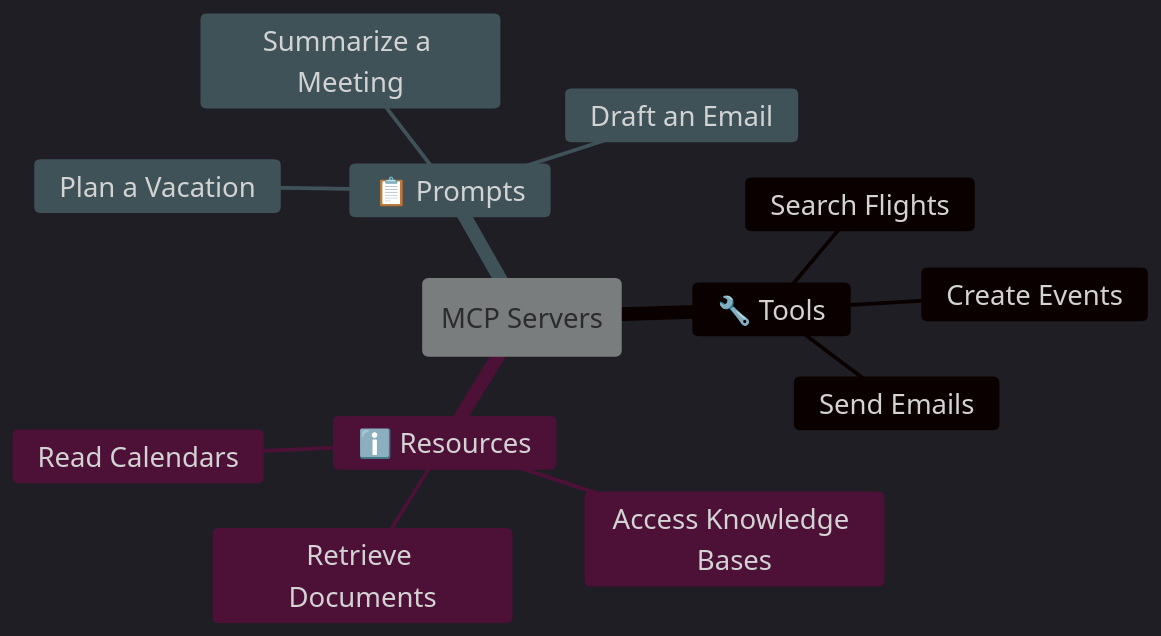
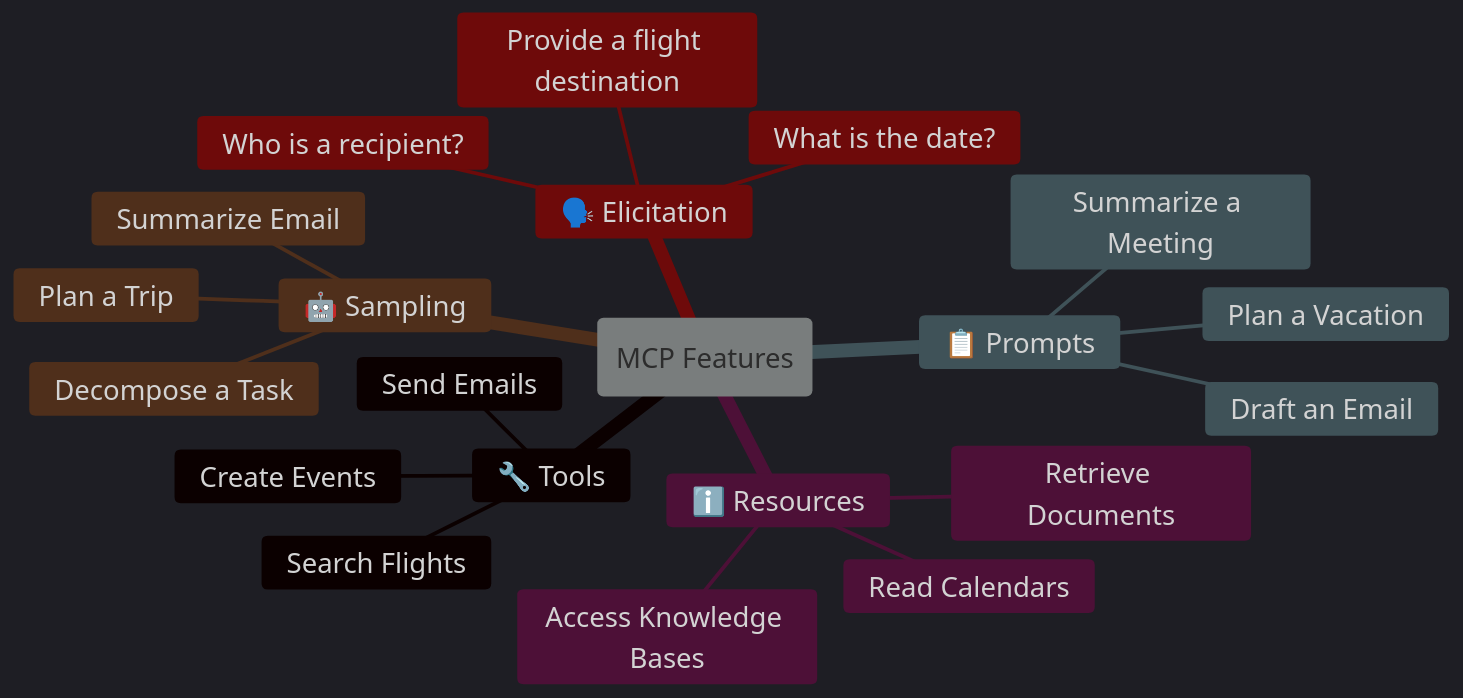
One commit to NikiforovAll/mcp-landscape changed the first of 4 diagrams in slides/presentation_part1.md. Above: the diagram before and after it, drawn with Mermaid. The commit also changed other lines of this file and 1 other file, not shown here.

```diff
--- a/slides/presentation_part1.md
+++ b/slides/presentation_part1.md
@@ -89,26 +89,34 @@
 <div class="mermaid">
     %%{init: {
         'theme': 'dark',
         'themeVariables': {
             'fontSize': '22px'
         },
         'flowchart': {
             'nodeSpacing': 500,
             'rankSpacing': 0
         }
     }}%%
     mindmap
-        root(MCP Servers)
+        root(MCP Features)
             🔧 Tools
                 Search Flights
                 Create Events
                 Send Emails
             ℹ️ Resources
                 Retrieve Documents
                 Access Knowledge Bases
                 Read Calendars
             📋 Prompts
                 Plan a Vacation
                 Summarize a Meeting
                 Draft an Email
+            🤖 Sampling
+                Summarize Email
+                Plan a Trip
+                Decompose a Task
+            🗣️ Elicitation
+                Provide a flight destination
+                What is the date?
+                Who is a recipient?
 </div>
```
